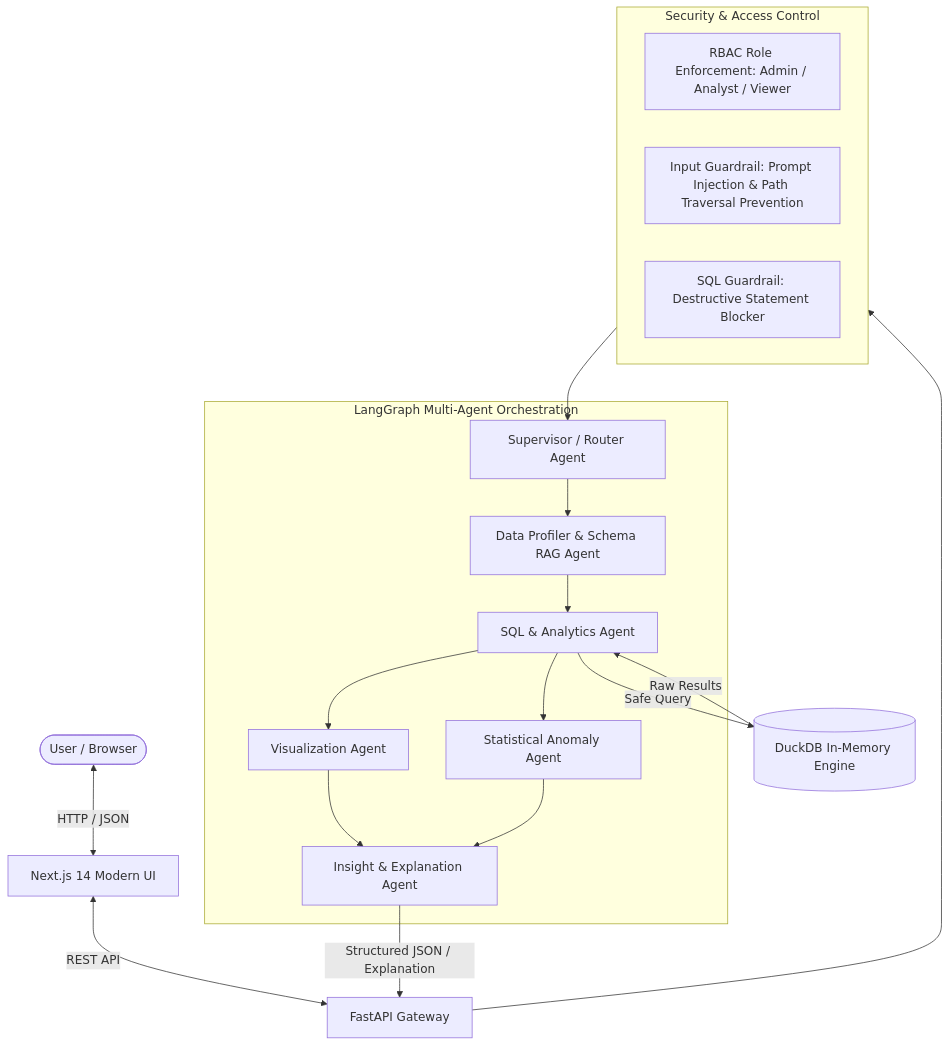
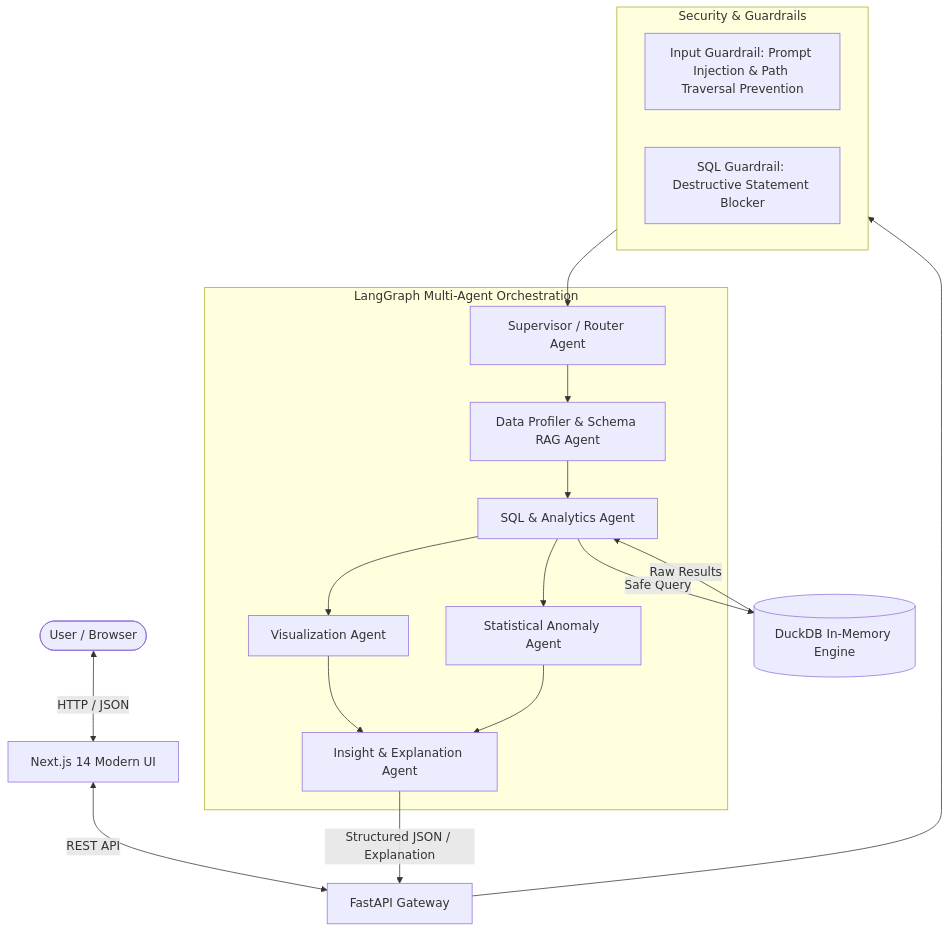
The diagram in README.md (keerthan120/AI-DATA_ANALYST), drawn with Mermaid before and after one commit. The commit also changed other lines of this file and 23 other files, not shown here.

````diff
--- a/README.md
+++ b/README.md
@@ -33,33 +32,32 @@
 ```mermaid
 flowchart TD
     User([User / Browser]) <-->|HTTP / JSON| Frontend[Next.js 14 Modern UI]
     Frontend <-->|REST API| Gateway[FastAPI Gateway]
 
-    subgraph SecurityLayer [Security & Access Control]
-        RBAC[RBAC Role Enforcement: Admin / Analyst / Viewer]
+    subgraph SecurityLayer [Security & Guardrails]
         GuardIn[Input Guardrail: Prompt Injection & Path Traversal Prevention]
         SQLGuard[SQL Guardrail: Destructive Statement Blocker]
     end
 
     Gateway --> SecurityLayer
 
     subgraph LangGraphEngine [LangGraph Multi-Agent Orchestration]
         Supervisor[Supervisor / Router Agent]
         Profiler[Data Profiler & Schema RAG Agent]
         SQLAgent[SQL & Analytics Agent]
         VizAgent[Visualization Agent]
         AnomalyAgent[Statistical Anomaly Agent]
         Synthesizer[Insight & Explanation Agent]
     end
 
     SecurityLayer --> Supervisor
     Supervisor --> Profiler
     Profiler --> SQLAgent
     SQLAgent -->|Safe Query| DuckDB[(DuckDB In-Memory Engine)]
     DuckDB -->|Raw Results| SQLAgent
     SQLAgent --> VizAgent
     SQLAgent --> AnomalyAgent
     VizAgent --> Synthesizer
     AnomalyAgent --> Synthesizer
     Synthesizer -->|Structured JSON / Explanation| Gateway
 ```
````
